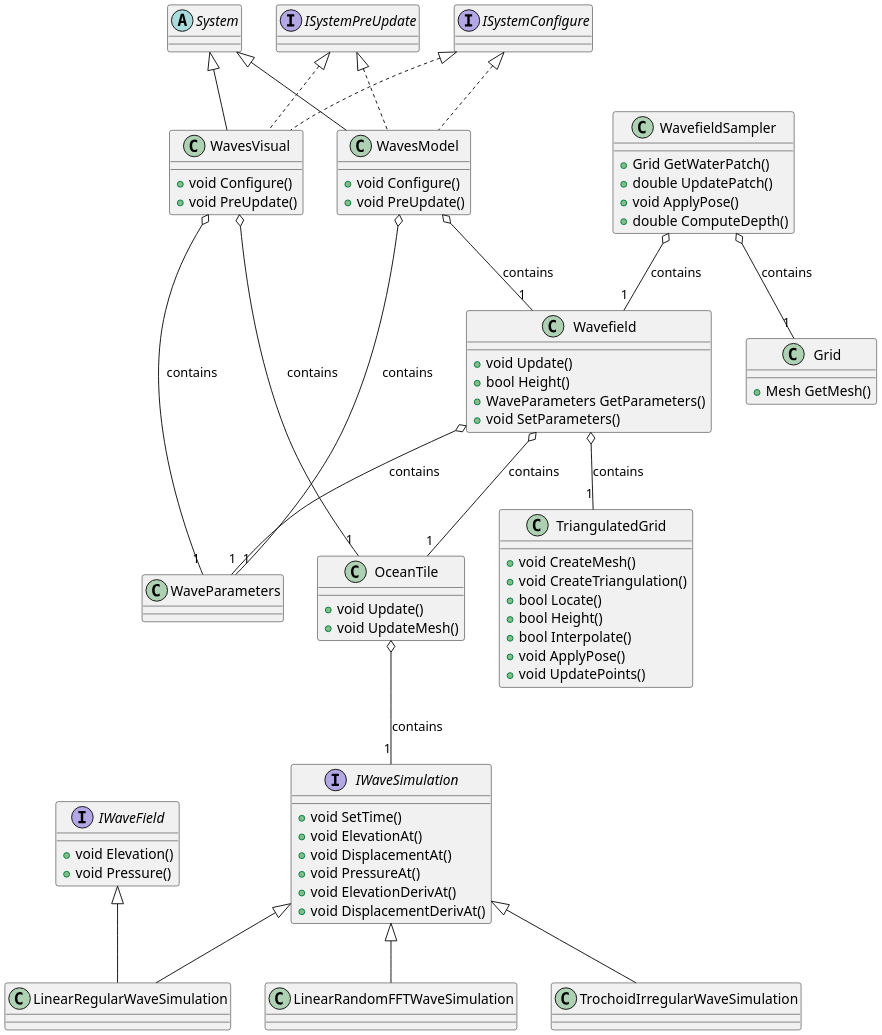
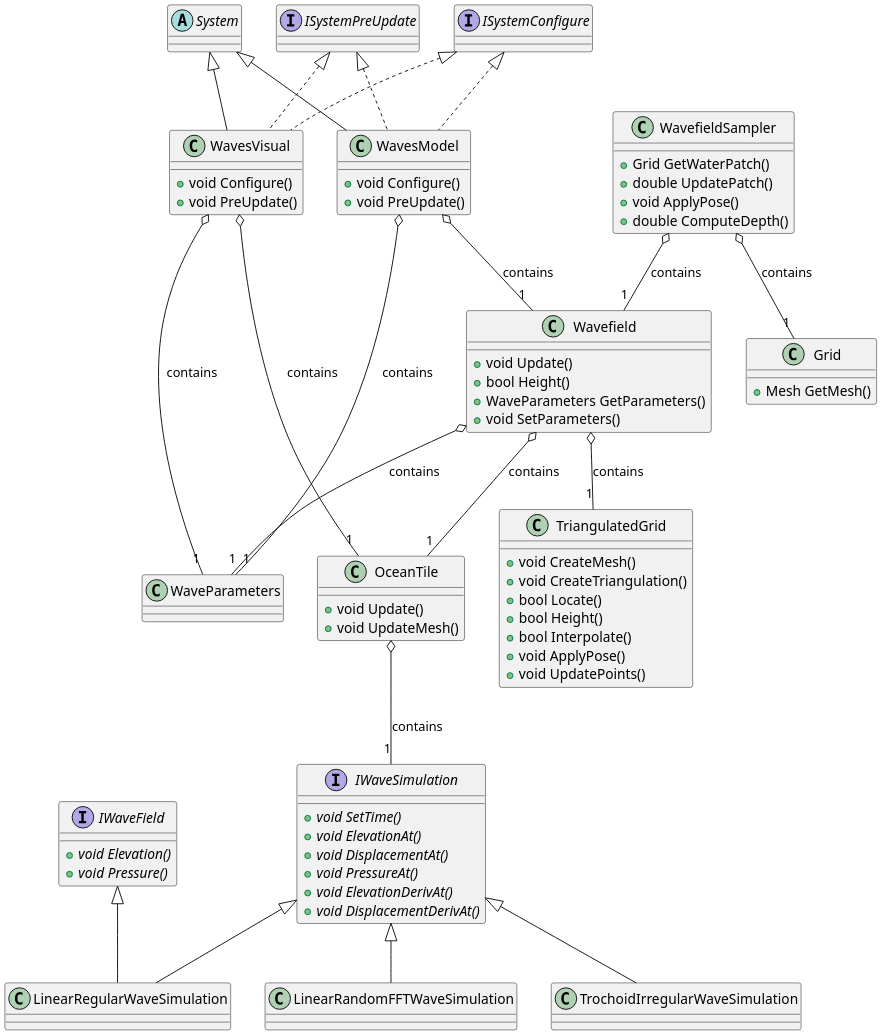
The diagram in doc/uml/waves.puml (srmainwaring/asv_wave_sim), drawn with PlantUML before and after one commit. The commit also changed 4 other files, not shown here.

First line of the commit message:
BuoySim: update UML diagrams

```diff
--- a/doc/uml/waves.puml
+++ b/doc/uml/waves.puml
@@ -1,119 +1,119 @@
 @startuml Wavefield
 
 scale 2
 
 ' class Point {
 ' }
 
 ' class Pose {
 ' }
 
 '-------------------------------------------------
 class Grid {
   + Mesh GetMesh()
 }
 
 class TriangulatedGrid {
   + void CreateMesh()
   + void CreateTriangulation()
   + bool Locate()
   + bool Height()
   + bool Interpolate()
   + void ApplyPose()
   + void UpdatePoints()
 }
 
 '-------------------------------------------------
 class WaveParameters {
 }
 
 class Wavefield {
    + void Update()
    + bool Height()
    + WaveParameters GetParameters()
    + void SetParameters()
 }
 
 Wavefield o-- "1" OceanTile : contains
 Wavefield o-- "1" TriangulatedGrid : contains
 Wavefield o-- "1" WaveParameters : contains
 
 class WavefieldSampler {
    + Grid GetWaterPatch()
    + double UpdatePatch()
    + void ApplyPose()
    + double ComputeDepth()
 }
 
 WavefieldSampler o-- "1" Wavefield : contains
 WavefieldSampler o-- "1" Grid : contains
 
 class OceanTile {
   + void Update()
   + void UpdateMesh()
 }
 
 OceanTile o-- "1" IWaveSimulation : contains
 
 '-------------------------------------------------
 interface IWaveField {
-  + void Elevation()
-  + void Pressure()
+  {abstract} + void Elevation()
+  {abstract} + void Pressure()
 }
 
 interface IWaveSimulation {
-  + void SetTime()
-  + void ElevationAt()
-  + void DisplacementAt()
-  + void PressureAt()
-  + void ElevationDerivAt()
-  + void DisplacementDerivAt()
+  {abstract} + void SetTime()
+  {abstract} + void ElevationAt()
+  {abstract} + void DisplacementAt()
+  {abstract} + void PressureAt()
+  {abstract} + void ElevationDerivAt()
+  {abstract} + void DisplacementDerivAt()
 }
 
 class LinearRegularWaveSimulation {
 }
 
 IWaveField <|-- LinearRegularWaveSimulation
 IWaveSimulation <|-- LinearRegularWaveSimulation
 
 class TrochoidIrregularWaveSimulation {
 }
 
 IWaveSimulation <|-- TrochoidIrregularWaveSimulation
 
 class LinearRandomFFTWaveSimulation {
 }
 
 IWaveSimulation <|-- LinearRandomFFTWaveSimulation
 
 '-------------------------------------------------
 abstract class System
 interface ISystemConfigure
 interface ISystemPreUpdate
 
 class WavesModel {
   + void Configure()
   + void PreUpdate()
 }
 
 System <|-- WavesModel
 ISystemConfigure <|-[dashed]- WavesModel
 ISystemPreUpdate <|-[dashed]- WavesModel
 
 WavesModel o-- "1" Wavefield : contains
 WavesModel o-- "1" WaveParameters : contains
 
 class WavesVisual {
   + void Configure()
   + void PreUpdate()
 }
  
 System <|-- WavesVisual
 ISystemConfigure <|-[dashed]- WavesVisual
 ISystemPreUpdate <|-[dashed]- WavesVisual
 
 WavesVisual o-- "1" OceanTile : contains
 WavesVisual o-- "1" WaveParameters : contains
 
 
 @enduml
```
